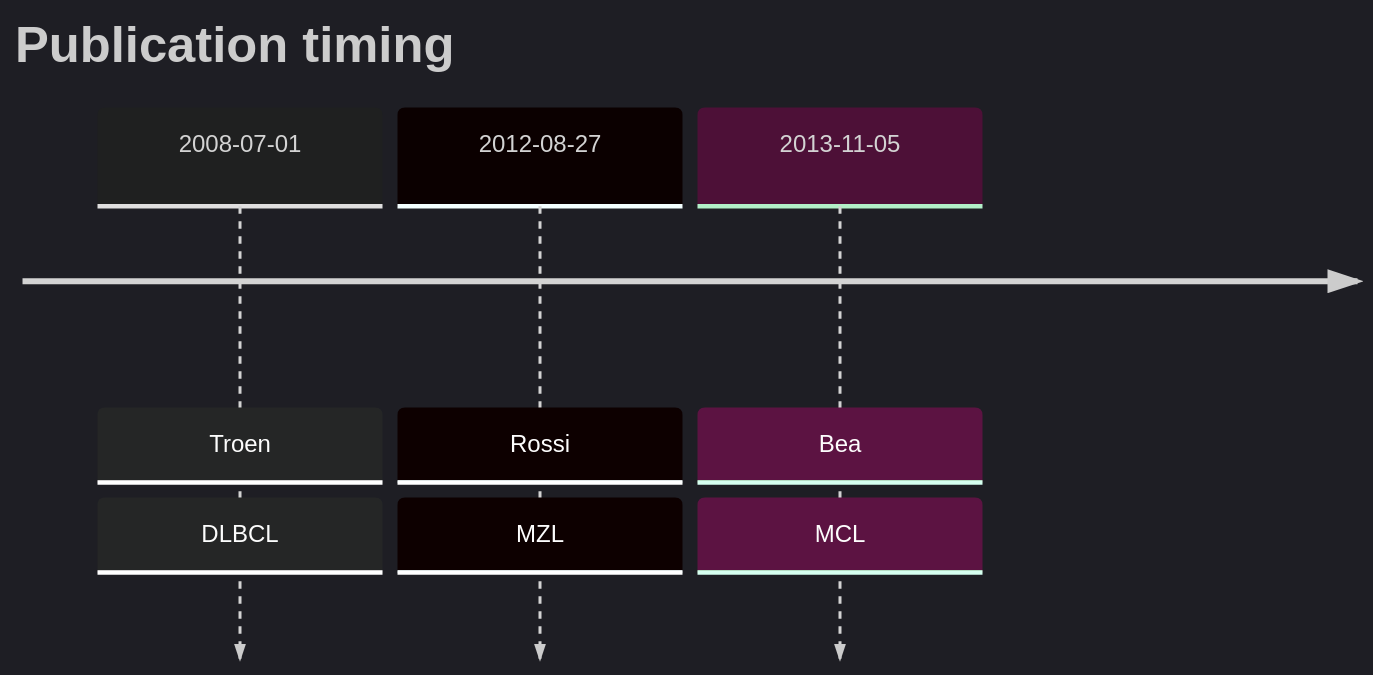
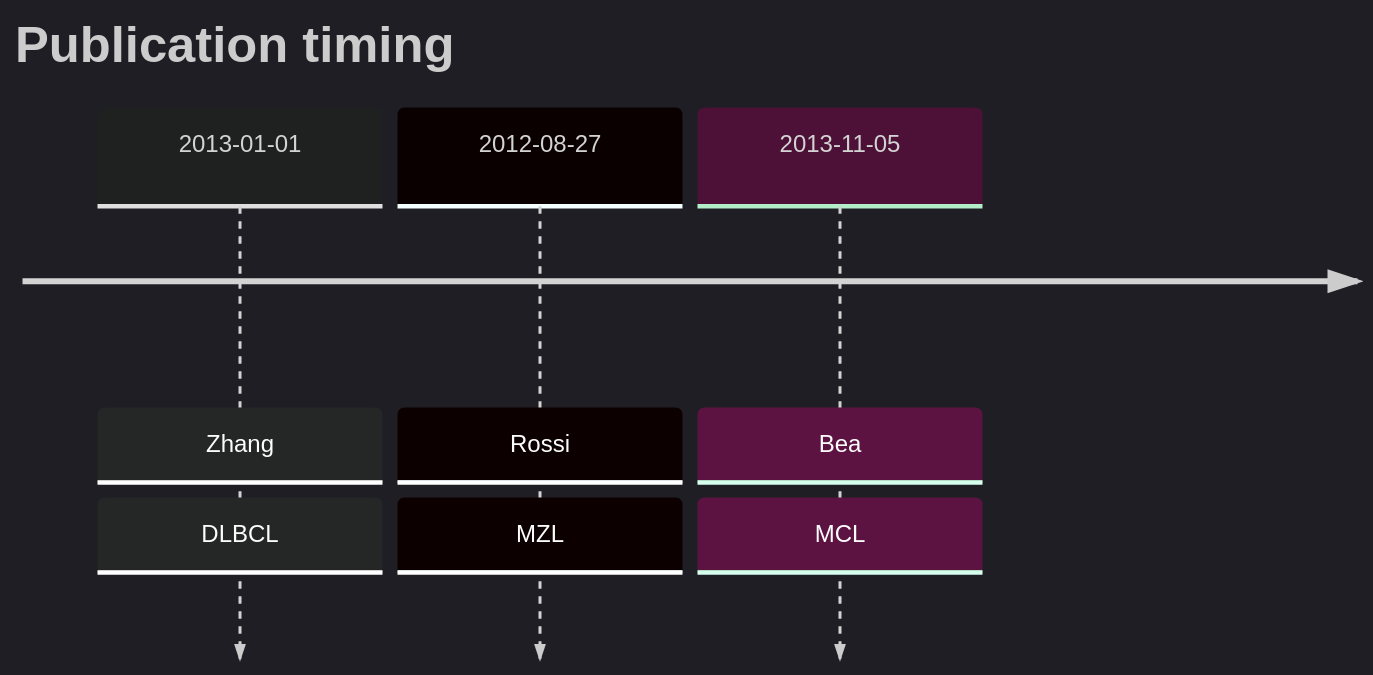
Before and after one commit to morinlab/lymphopedia: the diagram in NOTCH2.md, drawn with Mermaid. The commit also changed other lines of this file, not shown here.

````diff
--- a/NOTCH2.md
+++ b/NOTCH2.md
@@ -9,8 +9,8 @@
 ```mermaid
 %%{init: { 'logLevel': 'debug', 'theme': 'dark' } }%%
 timeline
     title Publication timing
-      2008-07-01 : Troen : DLBCL
+      2013-01-01 : Zhang : DLBCL
       2012-08-27 : Rossi : MZL
       2013-11-05 : Bea : MCL
 ```
````
